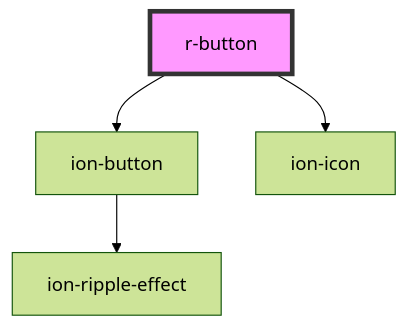
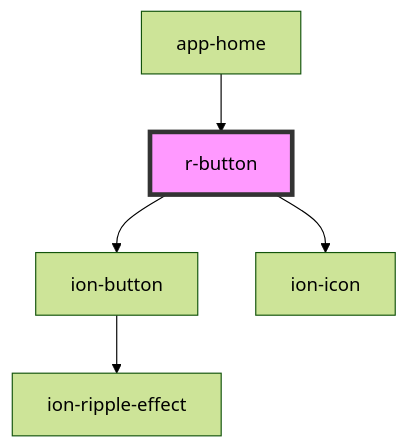
Before and after one commit to refactico/design-system: the diagram in src/components/r-button/readme.md, drawn with Mermaid (forest theme). The commit also changed other lines of this file and 9 other files, not shown here.

````diff
--- a/src/components/r-button/readme.md
+++ b/src/components/r-button/readme.md
@@ -39,7 +43,8 @@
 ```mermaid
 graph TD;
   r-button --> ion-button
   r-button --> ion-icon
   ion-button --> ion-ripple-effect
+  app-home --> r-button
   style r-button fill:#f9f,stroke:#333,stroke-width:4px
 ```
````
